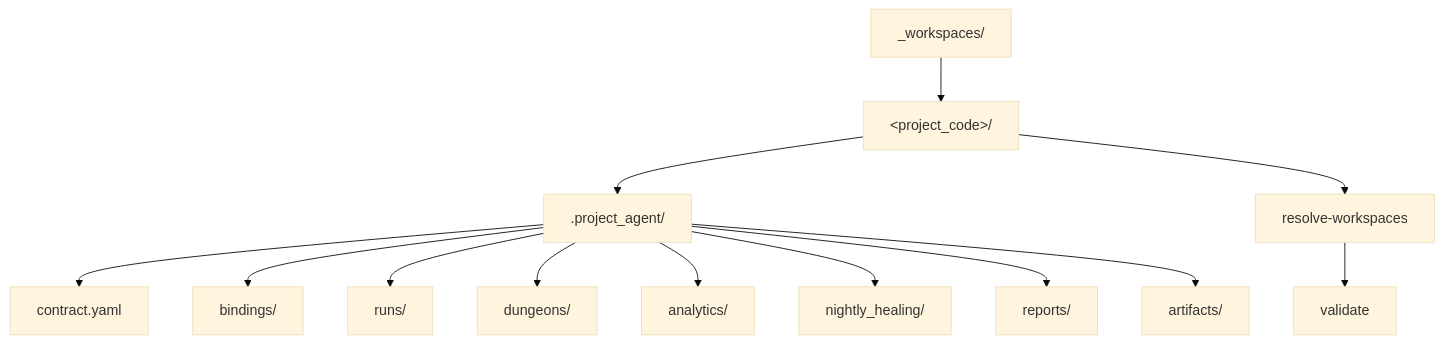
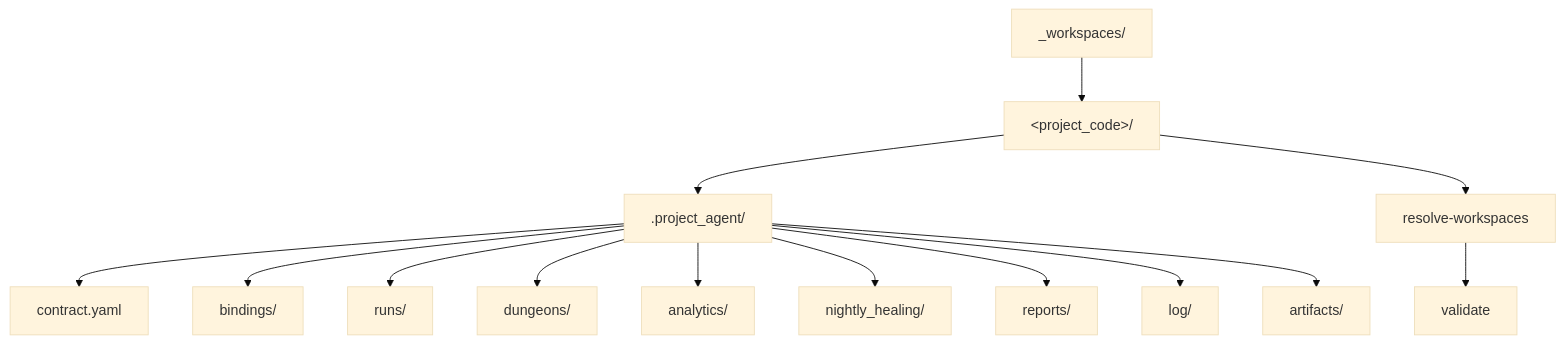
Before and after one commit to SungYongMOON/soulforge: the diagram in docs/architecture/workspace/PROJECT_AGENT_RESOLVE_CONTRACT.md, drawn with Mermaid (base theme). The commit also changed other lines of this file and 13 other files, not shown here.

````diff
--- a/docs/architecture/workspace/PROJECT_AGENT_RESOLVE_CONTRACT.md
+++ b/docs/architecture/workspace/PROJECT_AGENT_RESOLVE_CONTRACT.md
@@ -10,15 +10,16 @@
 ```mermaid
 flowchart TD
   W["_workspaces/"] --> P["&lt;project_code&gt;/"]
   P --> PA[".project_agent/"]
   PA --> C["contract.yaml"]
   PA --> B["bindings/"]
   PA --> R["runs/"]
   PA --> D["dungeons/"]
   PA --> A["analytics/"]
   PA --> N["nightly_healing/"]
   PA --> RP["reports/"]
+  PA --> LOG["log/"]
   PA --> AR["artifacts/"]
   P --> RW["resolve-workspaces"]
   RW --> VD["validate"]
 ```
````
